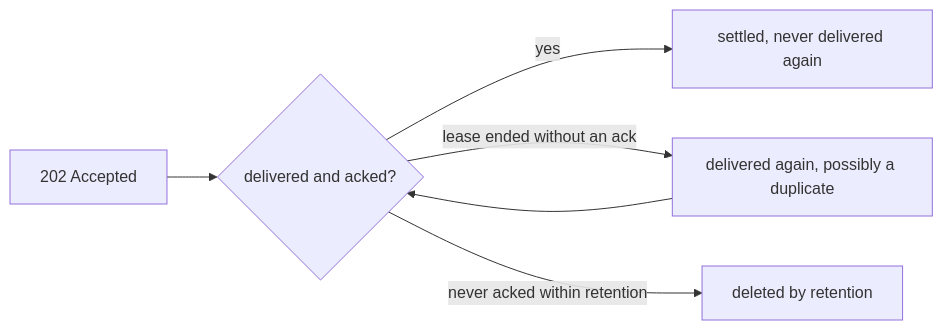
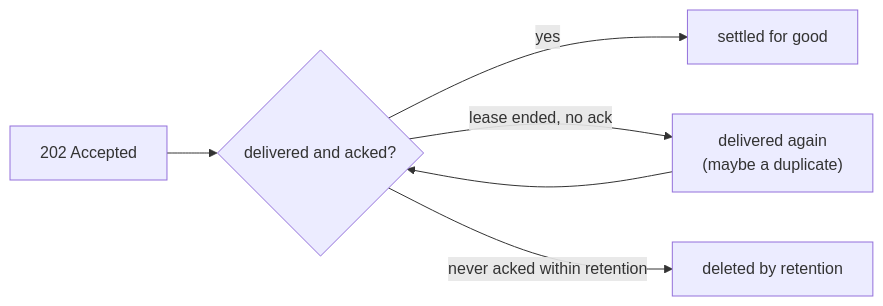
Before and after one commit to DebanganThakuria/narad: the first of 2 diagrams in docs/understand/delivery-contract.md, drawn with Mermaid. The commit also changed other lines of this file and 44 other files, not shown here.

````diff
--- a/docs/understand/delivery-contract.md
+++ b/docs/understand/delivery-contract.md
@@ -22,10 +22,10 @@
 ```mermaid
 flowchart LR
     accTitle: The life of one message under at-least-once delivery
     accDescr: A message accepted with 202 is delivered. If it is acked it is settled and never delivered again. If its lease ends without an ack it is delivered again, possibly as a duplicate. If it is never acked before its retention runs out, retention deletes it.
     A["202 Accepted"] --> B{delivered and acked?}
-    B -->|yes| C[settled, never delivered again]
-    B -->|"lease ended without an ack"| D[delivered again, possibly a duplicate]
+    B -->|yes| C[settled for good]
+    B -->|"lease ended, no ack"| D["delivered again<br/>(maybe a duplicate)"]
     D --> B
     B -->|"never acked within retention"| E[deleted by retention]
 ```
````
